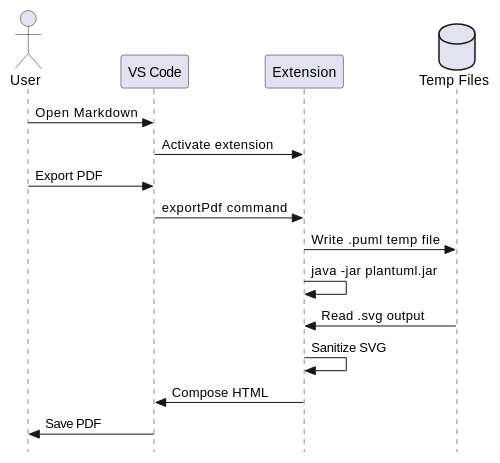
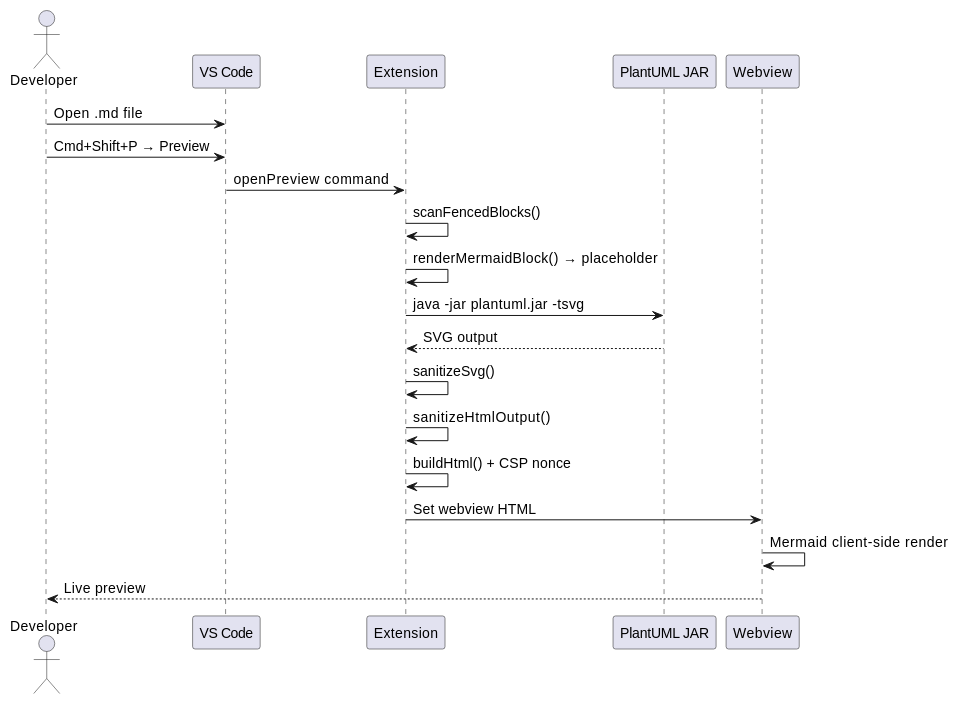
One commit to kino-6/vscode-markdown-studio changed the fourth of 4 diagrams in examples/demo.md. Above: the diagram before and after it, drawn with PlantUML. The commit also changed other lines of this file and 5 other files, not shown here.

First line of the commit message:
fix: preserve PlantUML SVG attributes through sanitization pipeline

````diff
--- a/examples/demo.md
+++ b/examples/demo.md
@@ -79,21 +118,25 @@
-```plantuml
+```puml
 @startuml
-skinparam style strictuml
+skinparam defaultFontSize 14
 
-actor User
+actor Developer
 participant "VS Code" as vsc
 participant "Extension" as ext
-database "Temp Files" as tmp
+participant "PlantUML JAR" as jar
+participant "Webview" as wv
 
-User -> vsc : Open Markdown
-vsc -> ext : Activate extension
-User -> vsc : Export PDF
-vsc -> ext : exportPdf command
-ext -> tmp : Write .puml temp file
-ext -> ext : java -jar plantuml.jar
-tmp -> ext : Read .svg output
-ext -> ext : Sanitize SVG
-ext -> vsc : Compose HTML
-vsc -> User : Save PDF
+Developer -> vsc : Open .md file
+Developer -> vsc : Cmd+Shift+P → Preview
+vsc -> ext : openPreview command
+ext -> ext : scanFencedBlocks()
+ext -> ext : renderMermaidBlock() → placeholder
+ext -> jar : java -jar plantuml.jar -tsvg
+jar --> ext : SVG output
+ext -> ext : sanitizeSvg()
+ext -> ext : sanitizeHtmlOutput()
+ext -> ext : buildHtml() + CSP nonce
+ext -> wv : Set webview HTML
+wv -> wv : Mermaid client-side render
+wv --> Developer : Live preview
 @enduml
 ```
````
